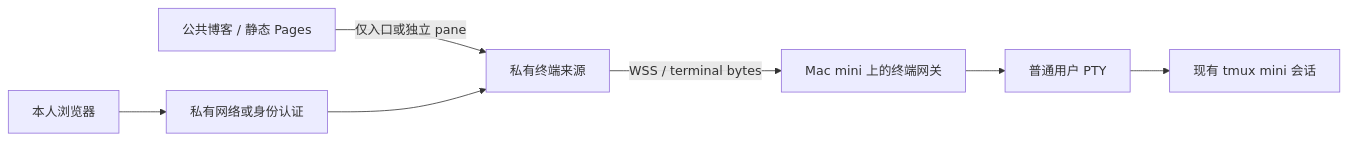
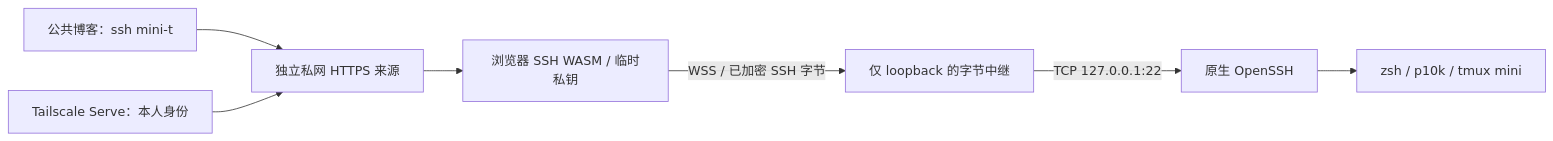
One commit to WASIDJ/hugo-main changed the diagram in docs/mac-mini-terminal-plan.md. Above: the diagram before and after it, drawn with Mermaid. The commit also changed other lines of this file and 19 other files, not shown here.

Commit message:
feat(ssh): connect browser WASM to the real Mac mini

````diff
--- a/docs/mac-mini-terminal-plan.md
+++ b/docs/mac-mini-terminal-plan.md
@@ -23,9 +7,9 @@
 ```mermaid
 flowchart LR
-    Public[公共博客 / 静态 Pages] -->|仅入口或独立 pane| Private[私有终端来源]
-    Owner[本人浏览器] --> Auth[私有网络或身份认证]
-    Auth --> Private
-    Private -->|WSS / terminal bytes| Gateway[Mac mini 上的终端网关]
-    Gateway --> PTY[普通用户 PTY]
-    PTY --> Session[现有 tmux mini 会话]
+    Blog[公共博客：ssh mini-t] --> Portal[独立私网 HTTPS 来源]
+    Serve[Tailscale Serve：本人身份] --> Portal
+    Portal --> WASM[浏览器 SSH WASM / 临时私钥]
+    WASM -->|WSS / 已加密 SSH 字节| Relay[仅 loopback 的字节中继]
+    Relay -->|TCP 127.0.0.1:22| SSHD[原生 OpenSSH]
+    SSHD --> PTY[zsh / p10k / tmux mini]
 ```
````
